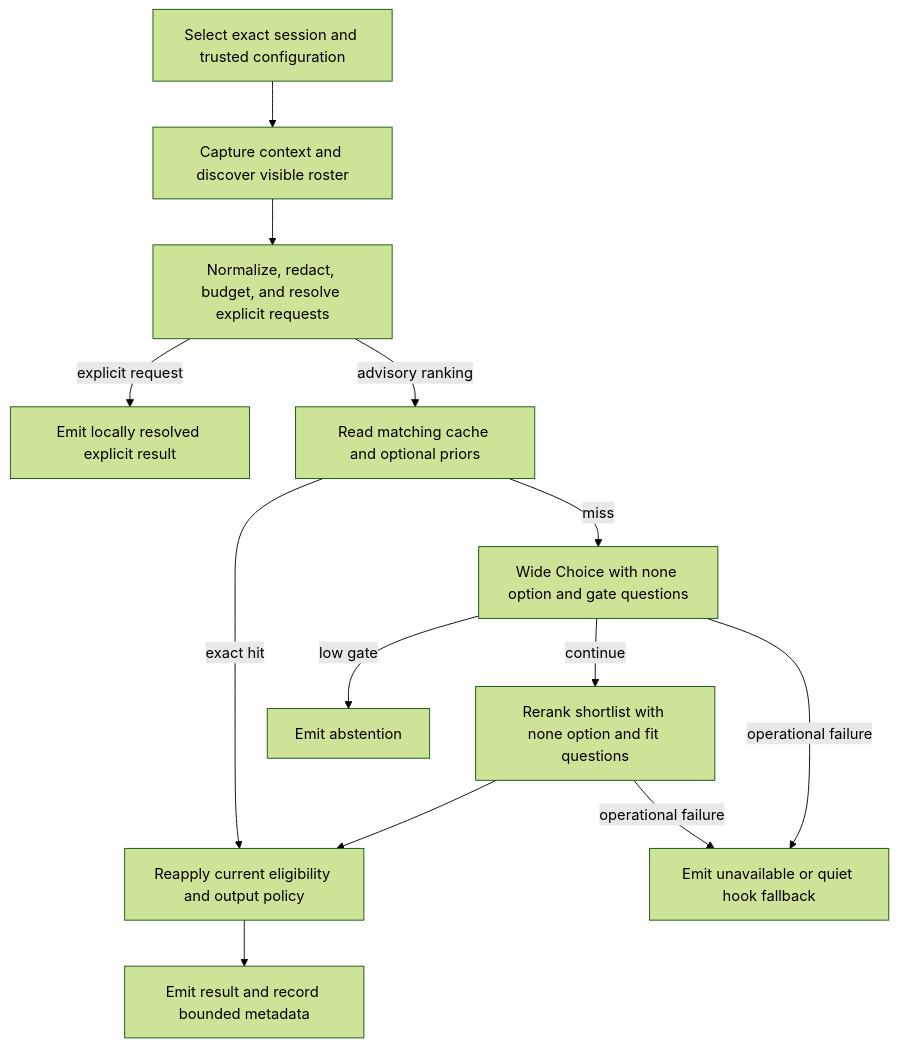
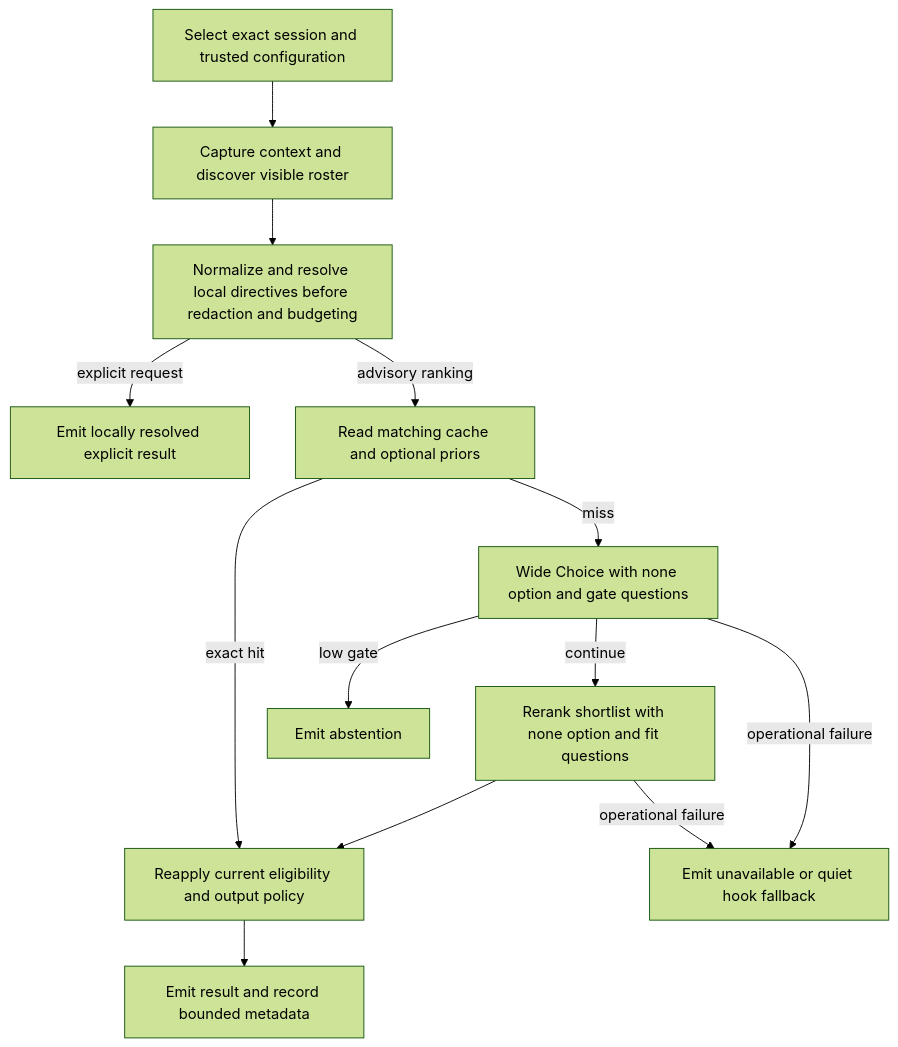
One commit to Dicklesworthstone/skillranker changed the diagram in COMPREHENSIVE_PLAN_TO_DESIGN_SKILLRANKER.md. Above: the diagram before and after it, drawn with Mermaid (forest theme). The commit also changed other lines of this file, not shown here.

First line of the commit message:
docs(plan): specify the local context envelope and dual cursors

````diff
--- a/COMPREHENSIVE_PLAN_TO_DESIGN_SKILLRANKER.md
+++ b/COMPREHENSIVE_PLAN_TO_DESIGN_SKILLRANKER.md
@@ -36,15 +36,15 @@
 ```mermaid
 flowchart TD
     A[Select exact session and trusted configuration] --> B[Capture context and discover visible roster]
-    B --> C[Normalize, redact, budget, and resolve explicit requests]
+    B --> C[Normalize and resolve local directives before redaction and budgeting]
     C -->|explicit request| X[Emit locally resolved explicit result]
     C -->|advisory ranking| D[Read matching cache and optional priors]
     D -->|exact hit| H[Reapply current eligibility and output policy]
     D -->|miss| E[Wide Choice with none option and gate questions]
     E -->|low gate| N[Emit abstention]
     E -->|continue| F[Rerank shortlist with none option and fit questions]
     F --> H
     H --> I[Emit result and record bounded metadata]
     E -->|operational failure| U[Emit unavailable or quiet hook fallback]
     F -->|operational failure| U
 ```
````
